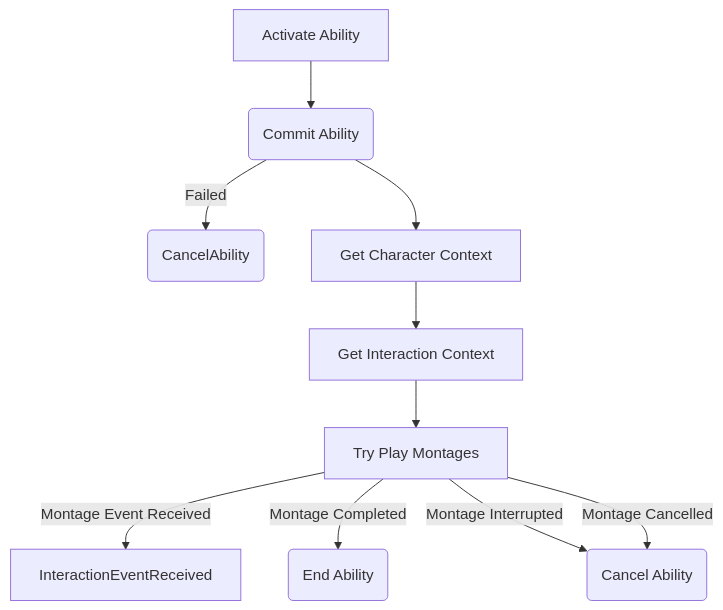
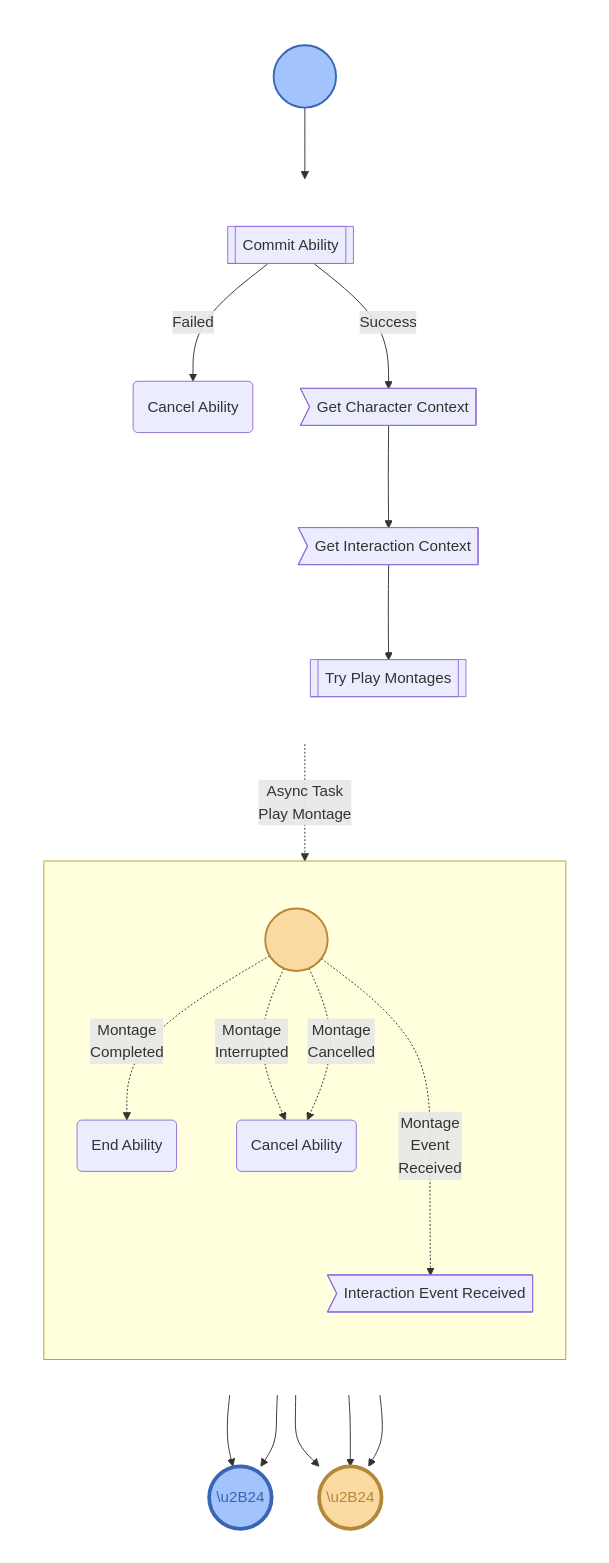
The diagram in versioned_docs/version-1.1.0/architecture/interact-animation-cosmetic.mdx (twistedbytes-net/TBIA-Documentation), drawn with Mermaid before and after one commit. The commit also changed 10 other files, not shown here.

Commit message:
architecture cleanup

````diff
--- a/versioned_docs/version-1.1.0/architecture/interact-animation-cosmetic.mdx
+++ b/versioned_docs/version-1.1.0/architecture/interact-animation-cosmetic.mdx
@@ -7,12 +7,93 @@
 ```mermaid
 flowchart TD
-    A[Activate Ability] -->B(Commit Ability)
-    B --> |Failed| C(CancelAbility)
-    B --> D[Get Character Context]
-    D --> E[Get Interaction Context]
-    E --> F[Try Play Montages]
-    F --> |Montage Event Received| G[InteractionEventReceived]
-    F --> |Montage Completed| H(End Ability)
-    F --> |Montage Interrupted|I(Cancel Ability)
-    F --> |Montage Cancelled|I
+
+    START(("\u2B24"))
+    STOP(("\u2B24"))
+    
+    START_ASYNC1(("\u2B24"))
+    STOP_ASYNC1(("\u2B24"))
+    
+    CANCEL_ABILITY(Cancel Ability)
+    
+    CANCEL_ABILITY_ASYNC1(Cancel Ability)
+    END_ABILITY_ASYNC1(End Ability)
+    
+    COMMIT_ABILITY[[Commit Ability]]
+    GET_CHARACTER_CONTEXT>Get Character Context]
+    GET_INTERACTION_CONTEXT>Get Interaction Context]
+    TRY_PLAY_MONTAGES[[Try Play Montages]]
+    INTERACTION_EVENT_RECEIVED>Interaction Event Received]
+    
+    START --> COMMIT_ABILITY
+    
+    COMMIT_ABILITY --> |Success| GET_CHARACTER_CONTEXT
+    COMMIT_ABILITY --> |Failed| CANCEL_ABILITY
+    GET_CHARACTER_CONTEXT --> GET_INTERACTION_CONTEXT
+    GET_INTERACTION_CONTEXT --> TRY_PLAY_MONTAGES
+
+    TRY_PLAY_MONTAGES -.-> |Async Task <br/> Play Montage| sub_async1
+    TRY_PLAY_MONTAGES --> STOP
+    
+    CANCEL_ABILITY --> STOP
+    
+
+
+    START_ASYNC1 -..-> |Montage <br/> Event <br/> Received| INTERACTION_EVENT_RECEIVED
+    START_ASYNC1 -.-> |Montage <br/> Completed| END_ABILITY_ASYNC1
+    START_ASYNC1 -.-> |Montage <br/> Interrupted| CANCEL_ABILITY_ASYNC1
+    START_ASYNC1 -.-> |Montage <br/> Cancelled| CANCEL_ABILITY_ASYNC1
+    INTERACTION_EVENT_RECEIVED --> STOP_ASYNC1
+    END_ABILITY_ASYNC1 --> STOP_ASYNC1
+    CANCEL_ABILITY_ASYNC1 --> STOP_ASYNC1
+
+    
+    subgraph sub_container [ ]
+        direction TB
+        
+        START
+        
+        subgraph sub_main [ ]
+            direction TB
+
+            COMMIT_ABILITY
+            GET_CHARACTER_CONTEXT
+            GET_INTERACTION_CONTEXT
+            TRY_PLAY_MONTAGES
+
+            CANCEL_ABILITY
+        end
+        
+        subgraph sub_async1 [ ]
+            direction TB
+            
+            START_ASYNC1
+            INTERACTION_EVENT_RECEIVED
+            CANCEL_ABILITY_ASYNC1
+            END_ABILITY_ASYNC1
+
+        end
+
+    end
+    
+    subgraph sub_stop [ ]
+        STOP
+        STOP_ASYNC1
+    end
+
+    classDef sty_start fill:#A2C3FB,color:#A2C3FB,stroke-width:2px,stroke:#3866B5;
+    classDef sty_stop fill:#A2C3FB,color:#3866B5,stroke-width:4px,stroke:#3866B5;
+    classDef sty_start_async1 fill:#FBDAA2,color:#FBDAA2,stroke-width:2px,stroke:#B58738;
+    classDef sty_stop_async1 fill:#FBDAA2,color:#B58738,stroke-width:4px,stroke:#B58738;
+    classDef sty_subgraph_transparent fill:#0000,stroke:#0000;
+    
+    class sub_container sty_subgraph_transparent;
+    class sub_main sty_subgraph_transparent;
+    %%class sub_async1 sty_subgraph_transparent;
+    class sub_stop sty_subgraph_transparent;
+    
+    class START sty_start;
+    class STOP sty_stop;
+    class START_ASYNC1 sty_start_async1;
+    class STOP_ASYNC1 sty_stop_async1;
+
 ```
````
